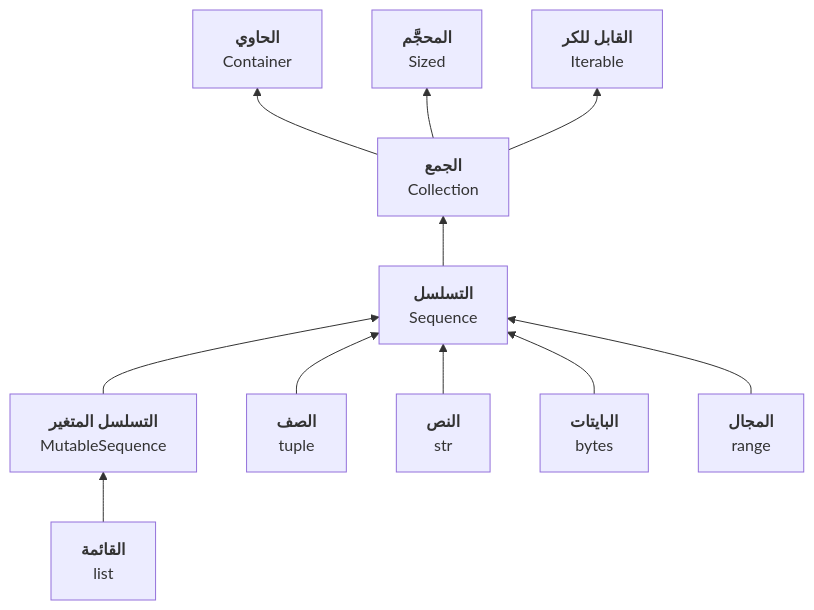
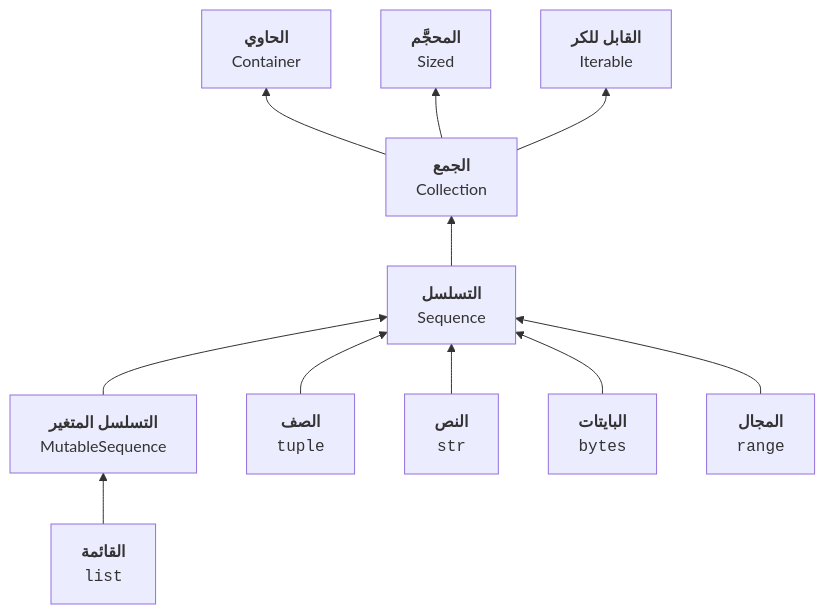
One commit to hanoufalmogri/python changed the first of 2 diagrams in book/chapters/05_sequences/a_sequences.qmd. Above: the diagram before and after it, drawn with Mermaid. The commit also changed other lines of this file and 12 other files, not shown here.

````diff
--- a/book/chapters/05_sequences/a_sequences.qmd
+++ b/book/chapters/05_sequences/a_sequences.qmd
@@ -10,26 +10,26 @@
 ```{mermaid}
 flowchart BT
     Container[<b>الحاوي</b><br>Container]
     Sized[<b>المحجَّم</b><br>Sized]
     Iterable[<b>القابل للكر</b><br>Iterable]
     Sequence[<b>التسلسل</b><br>Sequence]
     MutableSequence[<b>التسلسل المتغير</b><br>MutableSequence]
     Collection[<b>الجمع</b><br>Collection]
     Collection --> Container
     Collection --> Sized
     Collection --> Iterable
     Sequence --> Collection
     MutableSequence --> Sequence
     
-    list[<b>القائمة</b><br>list]
+    list[<b>القائمة</b><br><code>list</code>]
     list --> MutableSequence
 
-    tuple[<b>الصف</b><br>tuple]
+    tuple[<b>الصف</b><br><code>tuple</code>]
     tuple --> Sequence
-    str[<b>النص</b><br>str]
+    str[<b>النص</b><br><code>str</code>]
     str --> Sequence
-    bytes[<b>البايتات</b><br>bytes]
+    bytes[<b>البايتات</b><br><code>bytes</code>]
     bytes --> Sequence
-    range[<b>المجال</b><br>range]
+    range[<b>المجال</b><br><code>range</code>]
     range --> Sequence
 ```
````
